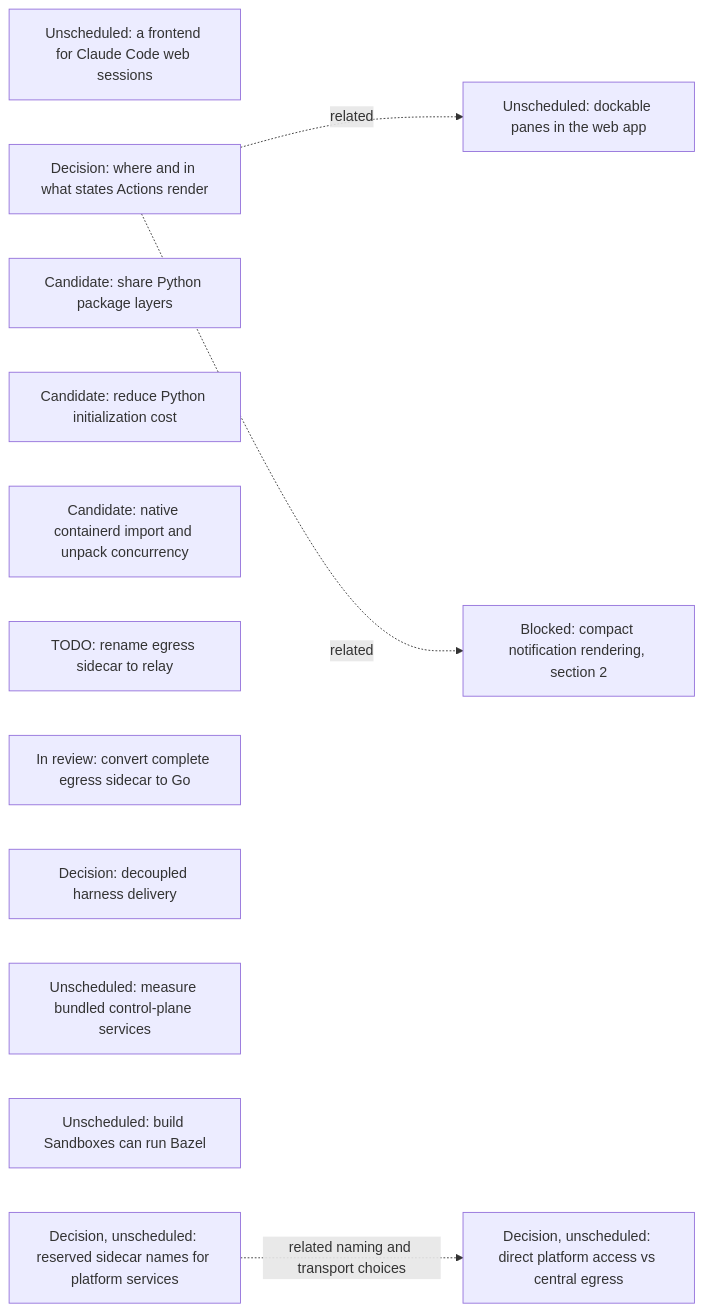
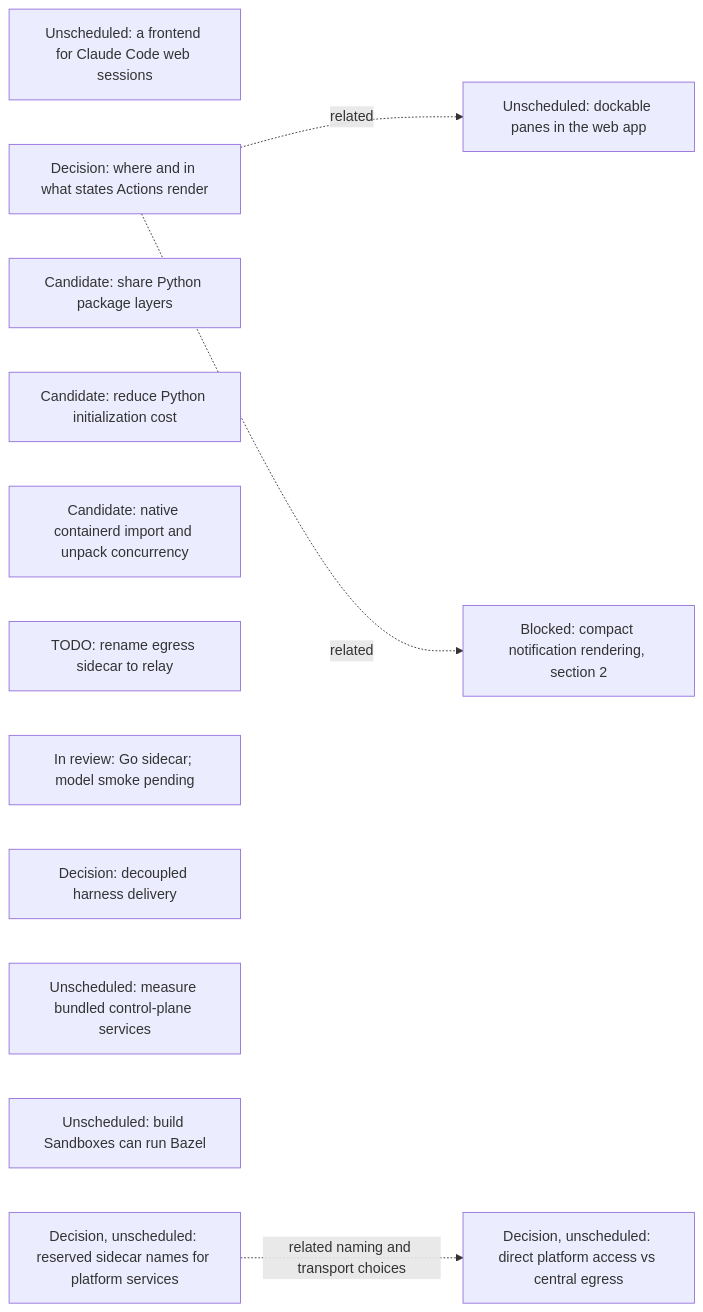
Before and after one commit to agentydragon/ducktape: the seventh of 16 diagrams in agentplane/plans/task_dag.md, drawn with Mermaid. The commit also changed other lines of this file and 3 other files, not shown here.

````diff
--- a/agentplane/plans/task_dag.md
+++ b/agentplane/plans/task_dag.md
@@ -794,20 +794,20 @@
 ```mermaid
 flowchart LR
     CLAUDE_CODE_WEB_BRIDGE[Unscheduled: a frontend for Claude Code web sessions]
     ACTION_SURFACES_DESIGN[Decision: where and in what states Actions render]
     K3S_SHARED_PACKAGE_LAYERS[Candidate: share Python package layers]
     K3S_PYTHON_INITIALIZATION[Candidate: reduce Python initialization cost]
     K3S_IMPORT_CONCURRENCY[Candidate: native containerd import and unpack concurrency]
     EGRESS_RELAY_RENAME[TODO: rename egress sidecar to relay]
-    EGRESS_SIDECAR_GO[In review: convert complete egress sidecar to Go]
+    EGRESS_SIDECAR_GO[In review: Go sidecar; model smoke pending]
     RUNNER_HARNESS_DELIVERY_DESIGN[Decision: decoupled harness delivery]
     K3S_BUNDLED_SERVICES_SPIKE[Unscheduled: measure bundled control-plane services]
     DOCKABLE_PANES[Unscheduled: dockable panes in the web app]
     ACTION_SURFACES_DESIGN -. related .-> DOCKABLE_PANES
     NOTIFICATION_PRESENTATION[Blocked: compact notification rendering, section 2]
     ACTION_SURFACES_DESIGN -. related .-> NOTIFICATION_PRESENTATION
     BUILD_BOX_BAZEL[Unscheduled: build Sandboxes can run Bazel]
     PLATFORM_SERVICE_NAMES_DESIGN[Decision, unscheduled: reserved sidecar names for platform services]
     PLATFORM_SERVICE_ROUTING_DESIGN[Decision, unscheduled: direct platform access vs central egress]
     PLATFORM_SERVICE_NAMES_DESIGN -. related naming and transport choices .-> PLATFORM_SERVICE_ROUTING_DESIGN
 ```
````
